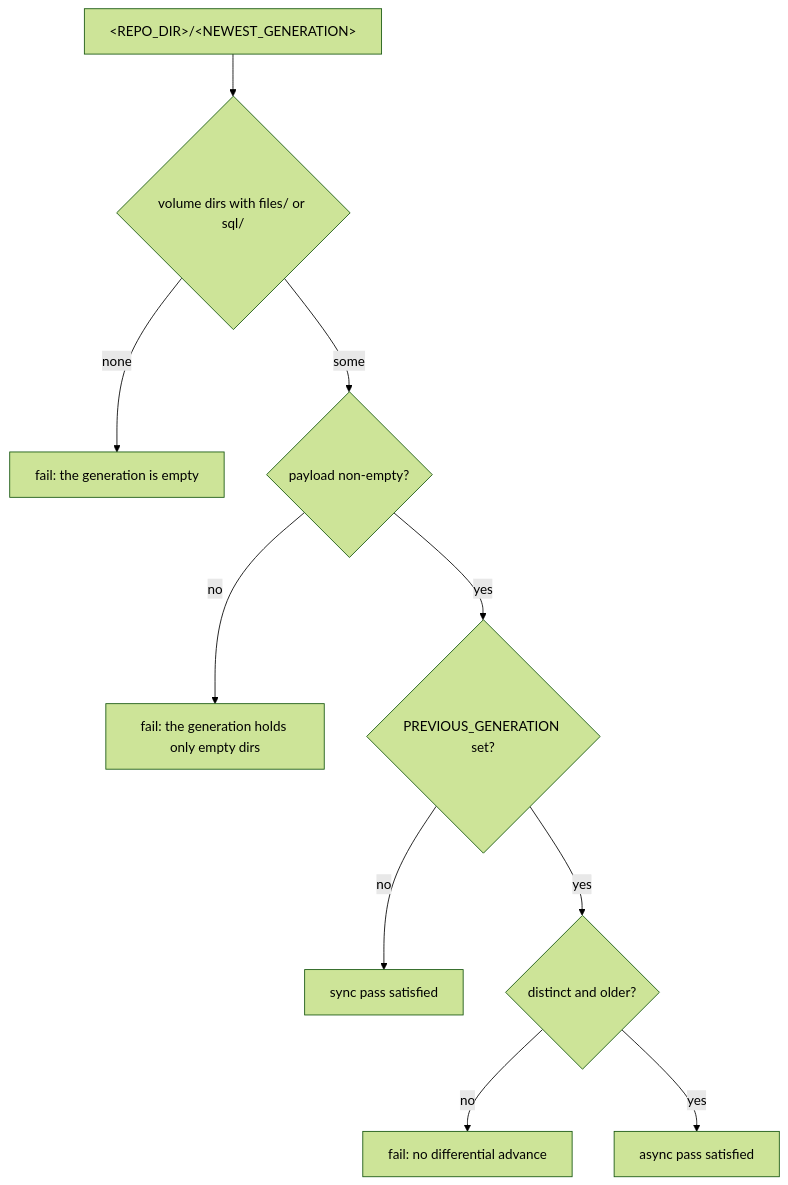
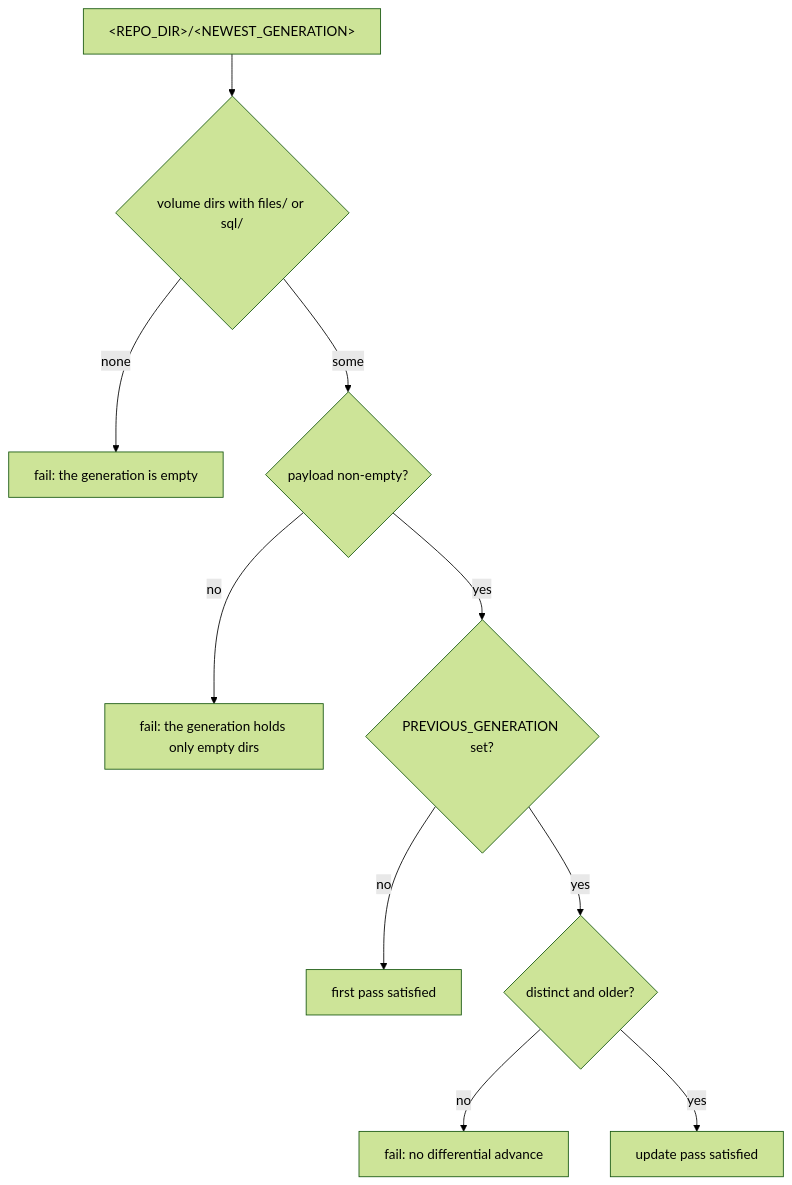
The third of 4 diagrams in roles/svc-bkp-volume-2-local/files/test/README.md (infinito-nexus/core), drawn with Mermaid (forest theme) before and after one commit. The commit also changed other lines of this file and 220 other files, not shown here.

````diff
--- a/roles/svc-bkp-volume-2-local/files/test/README.md
+++ b/roles/svc-bkp-volume-2-local/files/test/README.md
@@ -102,12 +103,12 @@
 ```mermaid
 flowchart TD
     GEN["&lt;REPO_DIR&gt;/&lt;NEWEST_GENERATION&gt;"] --> VOLS{"volume dirs with files/ or sql/"}
     VOLS -->|none| F1["fail: the generation is empty"]
     VOLS -->|some| PAY{"payload non-empty?"}
     PAY -->|no| F2["fail: the generation holds only empty dirs"]
     PAY -->|yes| PREV{"PREVIOUS_GENERATION set?"}
-    PREV -->|no| OK1["sync pass satisfied"]
+    PREV -->|no| OK1["first pass satisfied"]
     PREV -->|yes| DIFF{"distinct and older?"}
     DIFF -->|no| F3["fail: no differential advance"]
-    DIFF -->|yes| OK2["async pass satisfied"]
+    DIFF -->|yes| OK2["update pass satisfied"]
 ```
````
